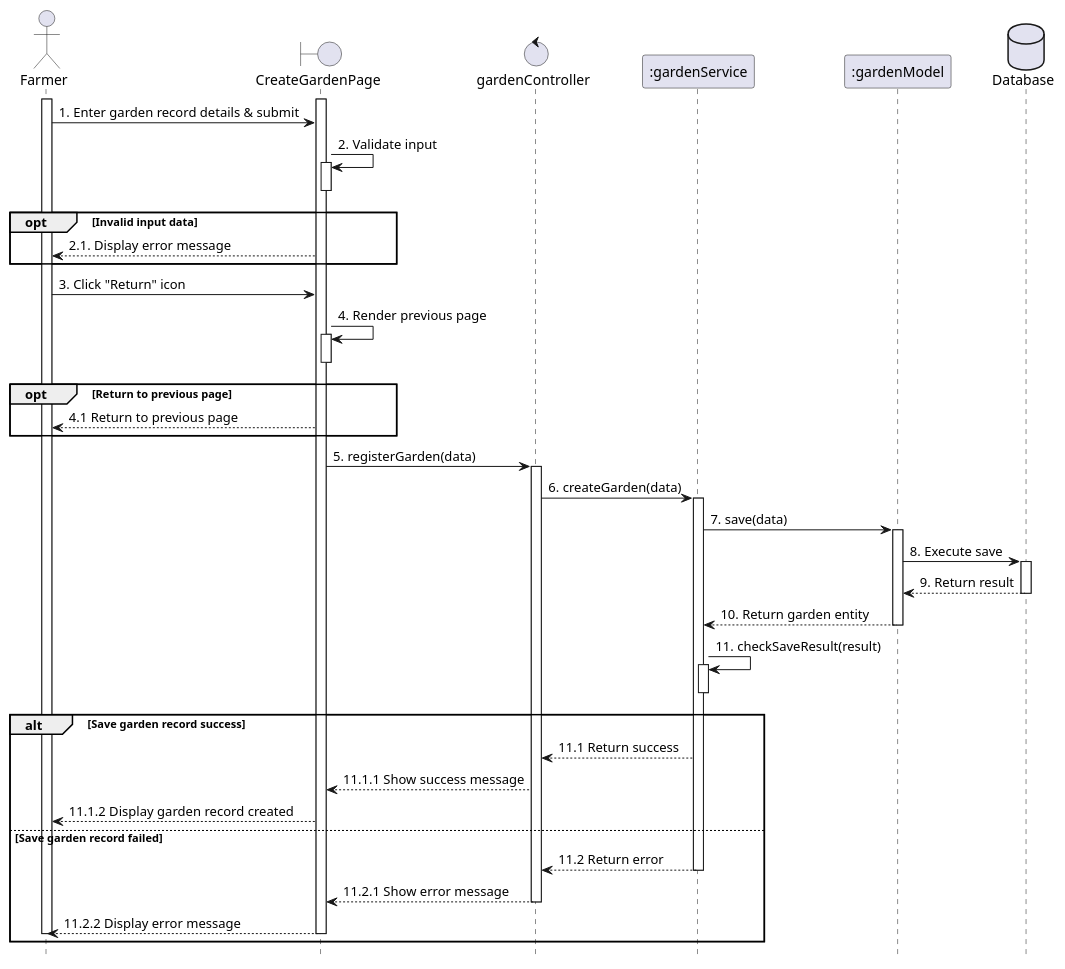
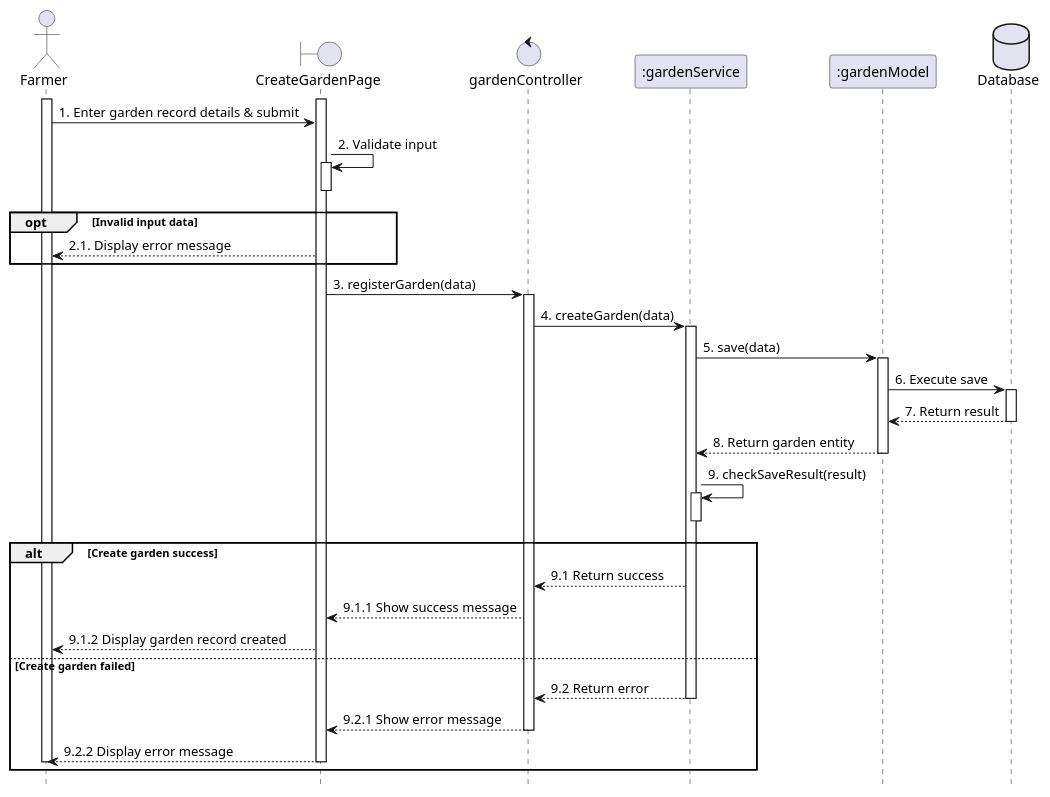
Before and after one commit to VietDurian/VietDurian: the diagram in planuml/web/141_createGarden.puml, drawn with PlantUML. The commit also changed 23 other files, not shown here.

Commit message:
sequence

```diff
--- a/planuml/web/141_createGarden.puml
+++ b/planuml/web/141_createGarden.puml
@@ -1,60 +1,52 @@
 @startuml 141 createGarden
 skinparam shadowing false
 skinparam sequenceArrowThickness 1
 hide footbox
 
 actor Farmer 
 boundary CreateGardenPage as UI 
 control gardenController as Controller 
 participant ":gardenService" as Service 
 participant ":gardenModel" as Model 
 database Database as DB 
 
 activate Farmer
 activate UI
 Farmer -> UI : 1. Enter garden record details & submit
 UI -> UI : 2. Validate input
 activate UI
 deactivate UI
 opt Invalid input data
     UI --> Farmer : 2.1. Display error message
 end
 
-Farmer -> UI : 3. Click "Return" icon
-UI -> UI : 4. Render previous page
-activate UI
-deactivate UI
-opt Return to previous page
-    UI --> Farmer : 4.1 Return to previous page
-end
-
-UI -> Controller : 5. registerGarden(data)
+UI -> Controller : 3. registerGarden(data)
 activate Controller
 
-Controller -> Service : 6. createGarden(data)
+Controller -> Service : 4. createGarden(data)
 activate Service
-Service -> Model : 7. save(data)
+Service -> Model : 5. save(data)
 activate Model
-Model -> DB : 8. Execute save
+Model -> DB : 6. Execute save
 activate DB
-DB --> Model : 9. Return result
+DB --> Model : 7. Return result
 deactivate DB
-Model --> Service : 10. Return garden entity
+Model --> Service : 8. Return garden entity
 deactivate Model
-Service -> Service : 11. checkSaveResult(result)
+Service -> Service : 9. checkSaveResult(result)
 activate Service
 deactivate Service
-alt Save garden record success
-    Service --> Controller : 11.1 Return success
-    Controller --> UI : 11.1.1 Show success message
-    UI --> Farmer : 11.1.2 Display garden record created
-else Save garden record failed
-    Service --> Controller : 11.2 Return error
+alt Create garden success
+    Service --> Controller : 9.1 Return success
+    Controller --> UI : 9.1.1 Show success message
+    UI --> Farmer : 9.1.2 Display garden record created
+else Create garden failed
+    Service --> Controller : 9.2 Return error
     deactivate Service
-    Controller --> UI : 11.2.1 Show error message
+    Controller --> UI : 9.2.1 Show error message
     deactivate Controller
-    UI --> Farmer : 11.2.2 Display error message
+    UI --> Farmer : 9.2.2 Display error message
     deactivate UI
     deactivate Farmer
 end
 @enduml
```
